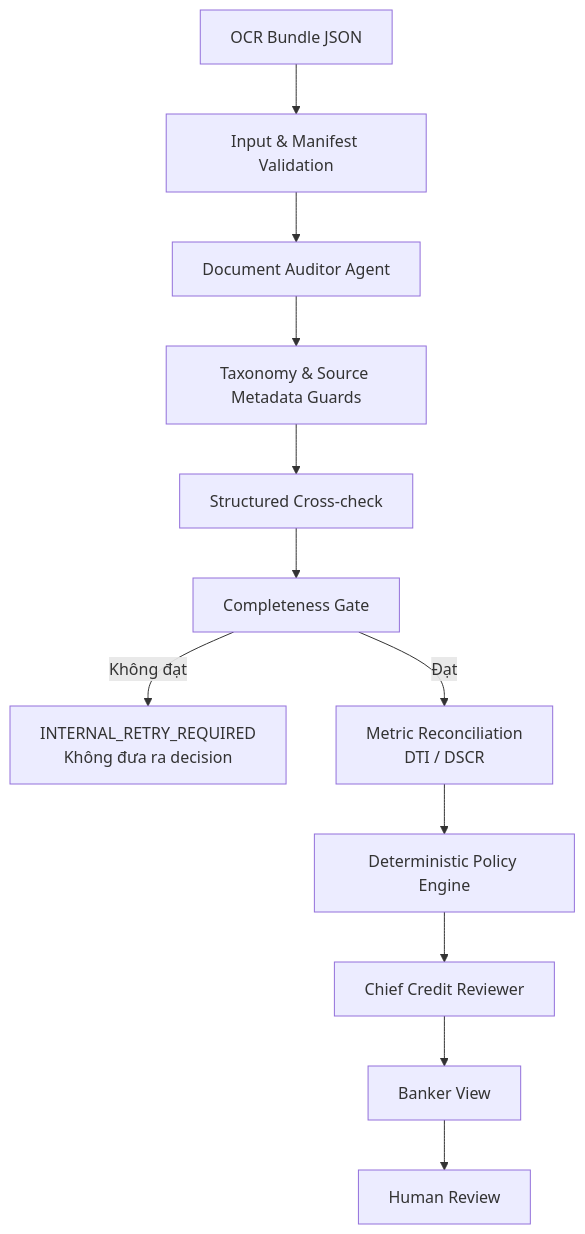
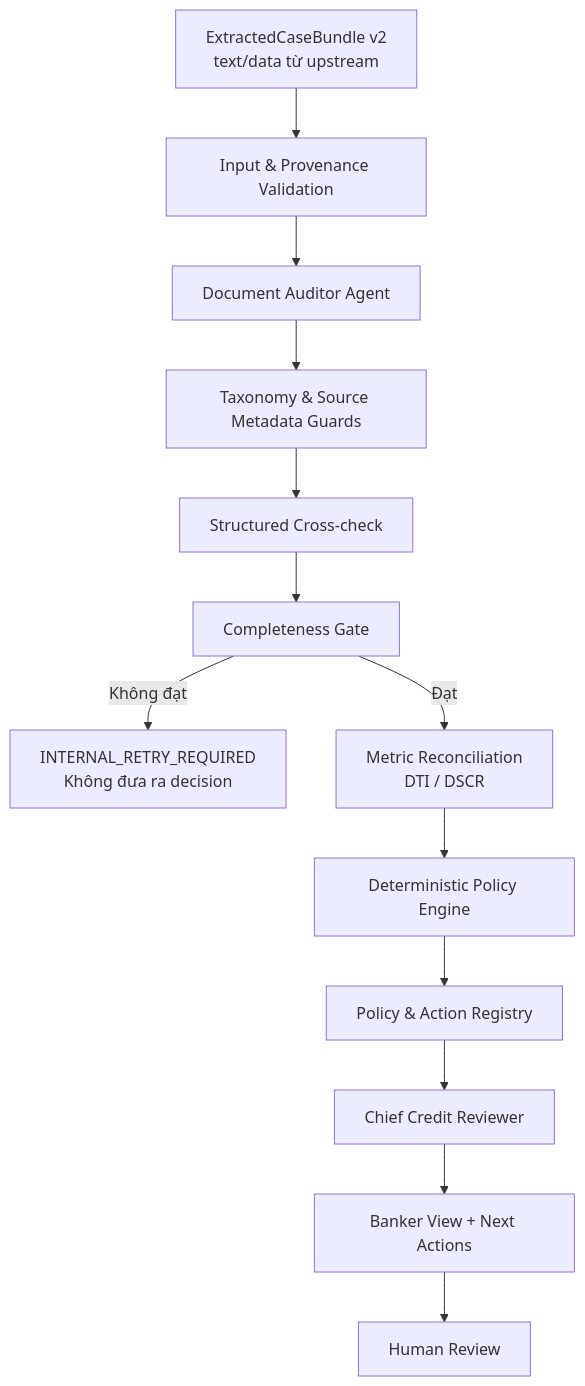
One commit to caochihai/duskdash changed the diagram in credit-assessment-agent/README.md. Above: the diagram before and after it, drawn with Mermaid. The commit also changed other lines of this file and 26 other files, not shown here.

Commit message:
Upgrade credit assessment microservice to policy-grounded v2

````diff
--- a/credit-assessment-agent/README.md
+++ b/credit-assessment-agent/README.md
@@ -52,14 +55,15 @@
 ```mermaid
 flowchart TD
-    A[OCR Bundle JSON] --> B[Input & Manifest Validation]
+    A[ExtractedCaseBundle v2<br/>text/data từ upstream] --> B[Input & Provenance Validation]
     B --> C[Document Auditor Agent]
     C --> D[Taxonomy & Source Metadata Guards]
     D --> E[Structured Cross-check]
     E --> F[Completeness Gate]
     F -->|Không đạt| G[INTERNAL_RETRY_REQUIRED<br/>Không đưa ra decision]
     F -->|Đạt| H[Metric Reconciliation<br/>DTI / DSCR]
     H --> I[Deterministic Policy Engine]
-    I --> J[Chief Credit Reviewer]
-    J --> K[Banker View]
-    K --> L[Human Review]
+    I --> J[Policy & Action Registry]
+    J --> K[Chief Credit Reviewer]
+    K --> M[Banker View + Next Actions]
+    M --> L[Human Review]
 ```
````
